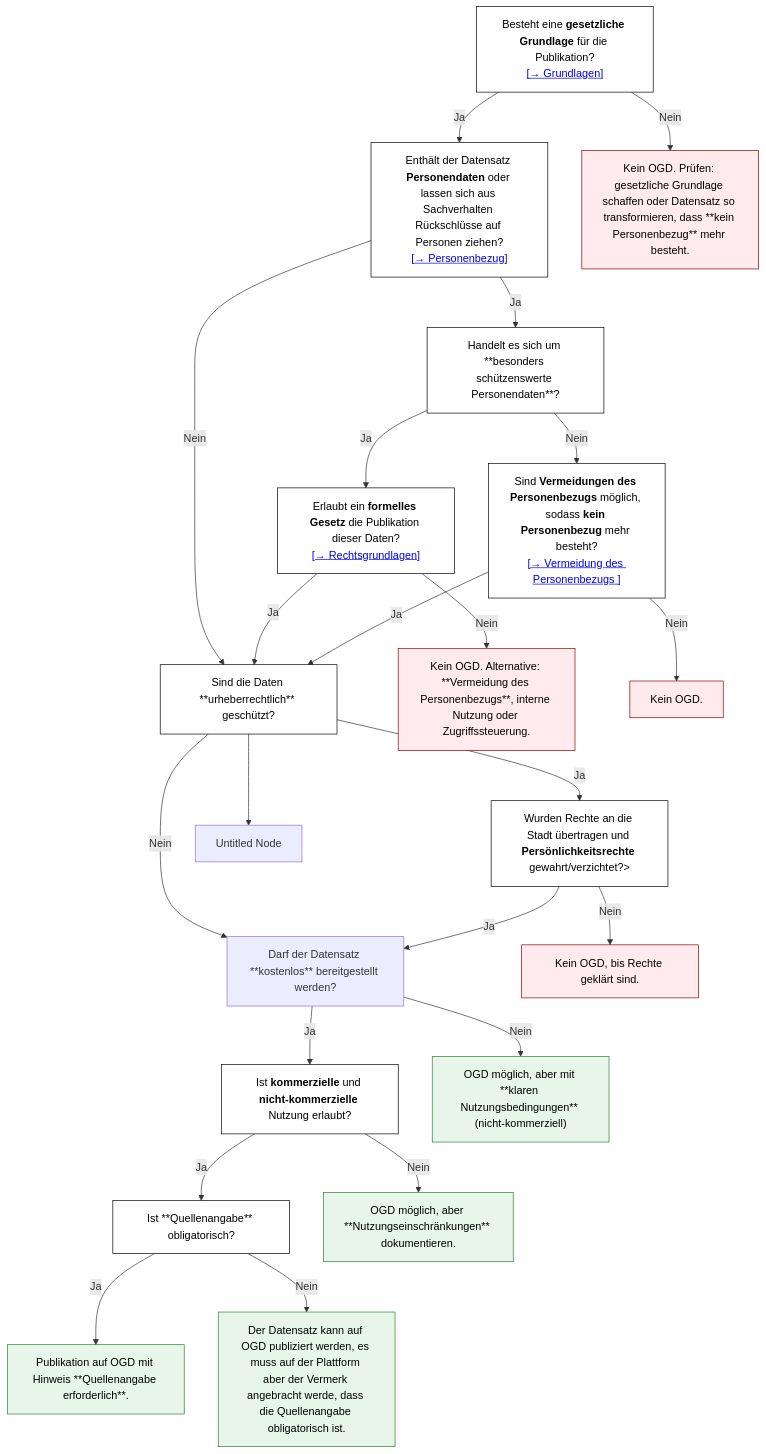
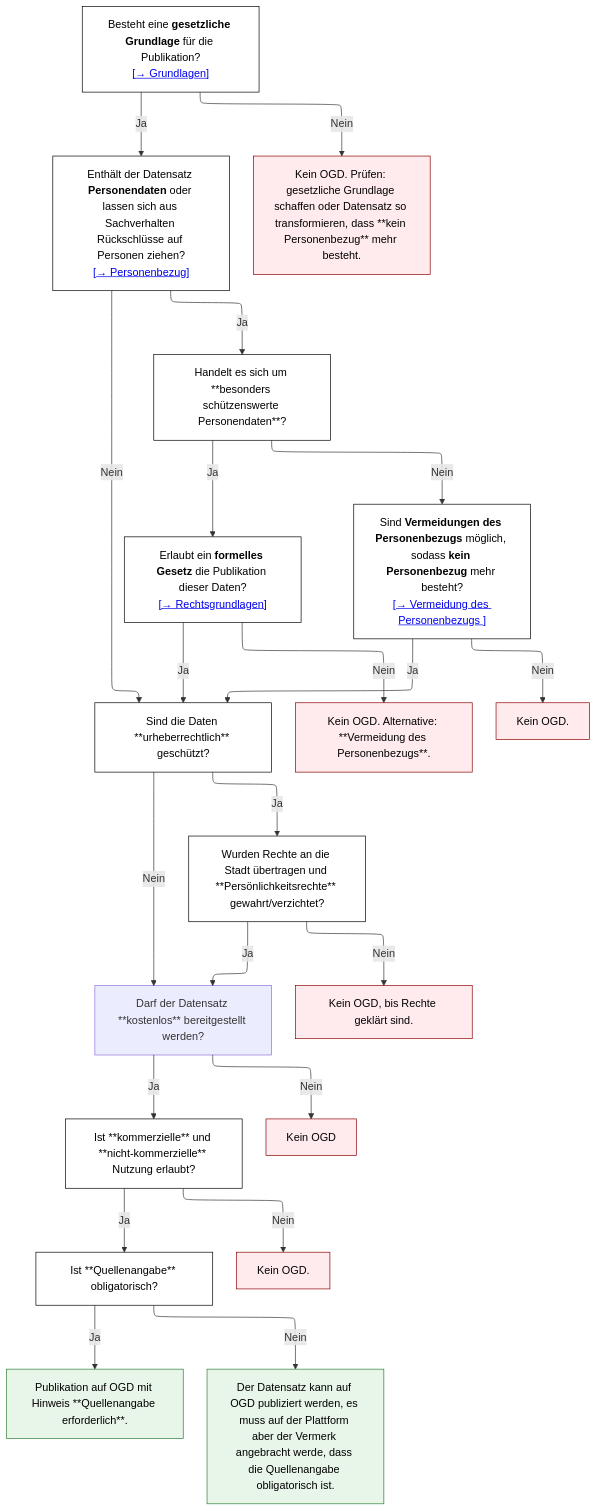
The diagram in docs/datenschutz-hilfsmittel/index.md (ebp-group/225348-Winterthur-OGD-Docs), drawn with Mermaid before and after one commit. The commit also changed 1 other file, not shown here.

Commit message:
mermaid, rechtsgrundlagen

````diff
--- a/docs/datenschutz-hilfsmittel/index.md
+++ b/docs/datenschutz-hilfsmittel/index.md
@@ -9,48 +9,54 @@
 ```mermaid
 ---
 config:
-  layout: dagre
+  layout: elk
 ---
 flowchart TD
     A@{ label: "Besteht eine **gesetzliche Grundlage** für die Publikation?<br><a href=\"https://ebp-group.github.io/225348-Winterthur-OGD-Docs/datenschutz-hilfsmittel/grundlagen\">[→ Grundlagen]</a>" } -- Ja --> B@{ label: "Enthält der Datensatz **Personendaten** oder lassen sich aus Sachverhalten Rückschlüsse auf Personen ziehen?<br><a href=\"https://ebp-group.github.io/225348-Winterthur-OGD-Docs/datenschutz-hilfsmittel/was-ist-personenbezug\">[→ Personenbezug]</a>" }
     A -- Nein --> X1["Kein OGD. Prüfen: gesetzliche Grundlage schaffen oder Datensatz so transformieren, dass **kein Personenbezug** mehr besteht."]
     B -- Nein --> C["Sind die Daten **urheberrechtlich** geschützt?"]
     B -- Ja --> D["Handelt es sich um **besonders schützenswerte Personendaten**?"]
     D -- Ja --> E@{ label: "Erlaubt ein **formelles Gesetz** die Publikation dieser Daten?<br><a href=\"https://ebp-group.github.io/225348-Winterthur-OGD-Docs/datenschutz-hilfsmittel/rechtsgrundlagen\">[→ Rechtsgrundlagen]</a>" }
     D -- Nein --> F@{ label: "Sind **Vermeidungen des Personenbezugs** möglich, sodass **kein Personenbezug** mehr besteht?<br><a href=\"https://ebp-group.github.io/225348-Winterthur-OGD-Docs/datenschutz-hilfsmittel/vermeidung\">[→ Vermeidung des Personenbezugs ]</a>" }
     E -- Ja --> C
-    E -- Nein --> X2["Kein OGD. Alternative: **Vermeidung des Personenbezugs**, interne Nutzung oder Zugriffssteuerung."]
+    E -- Nein --> X2["Kein OGD. Alternative: **Vermeidung des Personenbezugs**."]
     F -- Ja --> C
     F -- Nein --> X3["Kein OGD."]
-    C -- Ja --> G@{ label: "Wurden Rechte an die Stadt übertragen und **Persönlichkeitsrechte** gewahrt/verzichtet?>" }
+    C -- Ja --> G["Wurden Rechte an die Stadt übertragen und **Persönlichkeitsrechte** gewahrt/verzichtet?"]
     C -- Nein --> H["Darf der Datensatz **kostenlos** bereitgestellt werden?"]
     G -- Ja --> H
     G -- Nein --> X4["Kein OGD, bis Rechte geklärt sind."]
-    H -- Ja --> I@{ label: "Ist **kommerzielle** und **nicht-kommerzielle** Nutzung erlaubt?" }
-    H -- Nein --> Y1["OGD möglich, aber mit **klaren Nutzungsbedingungen** (nicht-kommerziell)"]
+    H -- Ja --> I["Ist **kommerzielle** und **nicht-kommerzielle** Nutzung erlaubt?"]
+    H -- Nein --> Y1["Kein OGD"]
     I -- Ja --> J["Ist **Quellenangabe** obligatorisch?"]
-    I -- Nein --> Y2["OGD möglich, aber **Nutzungseinschränkungen** dokumentieren."]
+    I -- Nein --> Y2["Kein OGD."]
     J -- Ja --> Z2["Publikation auf OGD mit Hinweis **Quellenangabe erforderlich**."]
     J -- Nein --> Z1["Der Datensatz kann auf OGD publiziert werden, es muss auf der Plattform aber der Vermerk angebracht werde, dass die Quellenangabe obligatorisch ist."]
-    C --> n1["Untitled Node"]
     A@{ shape: rect}
     B@{ shape: rect}
     E@{ shape: rect}
     F@{ shape: rect}
     G@{ shape: rect}
     I@{ shape: rect}
+     A:::neutral
+     B:::neutral
      X1:::stop
+     C:::neutral
+     D:::neutral
+     E:::neutral
+     F:::neutral
      X2:::stop
      X3:::stop
+     G:::neutral
      X4:::stop
-     Y1:::ok
-     Y2:::ok
+     I:::neutral
+     Y1:::stop
+     J:::neutral
+     Y2:::stop
      Z2:::ok
      Z1:::ok
     classDef ok fill:#e8f5e9,stroke:#2e7d32,color:#000
     classDef warn fill:#ffffff,stroke:#9e9e9e,color:#000
     classDef stop fill:#ffebee,stroke:#8b0000,color:#000
     classDef neutral fill:#ffffff,stroke:#000,color:#000
-
-    class A,B,C,D,E,F,G,I,J neutral
 ```
````
